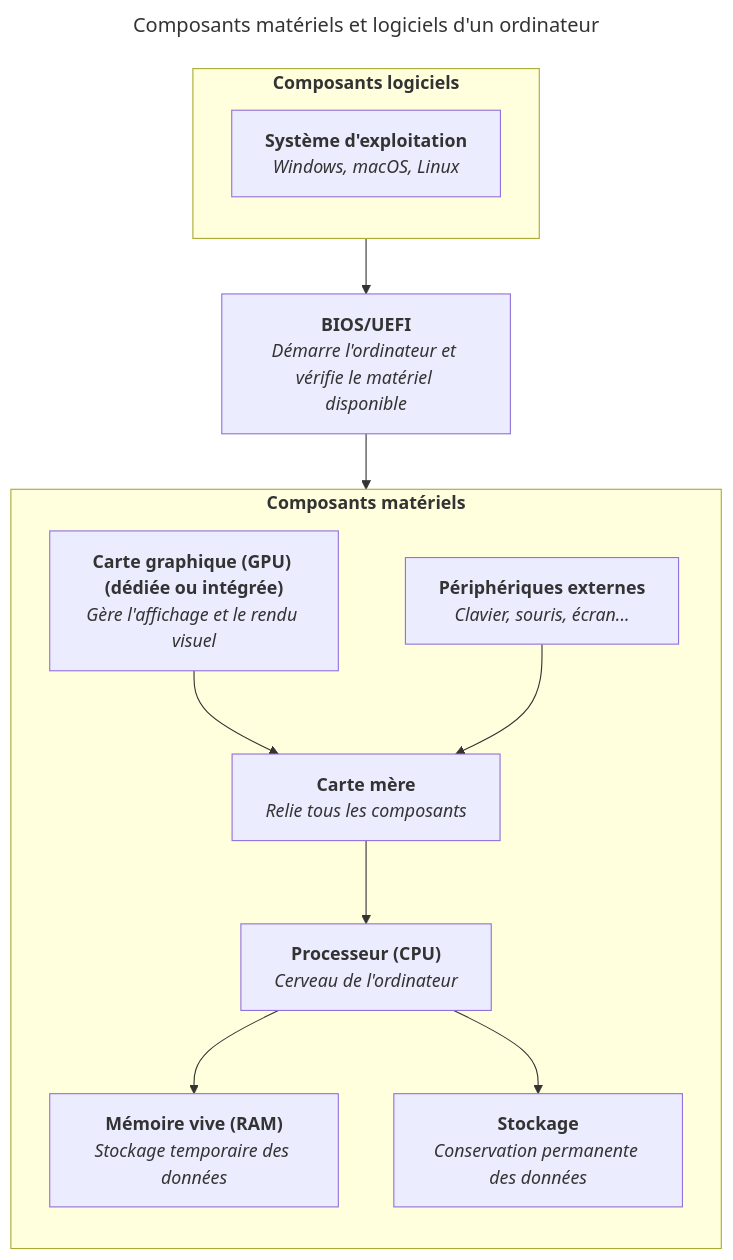
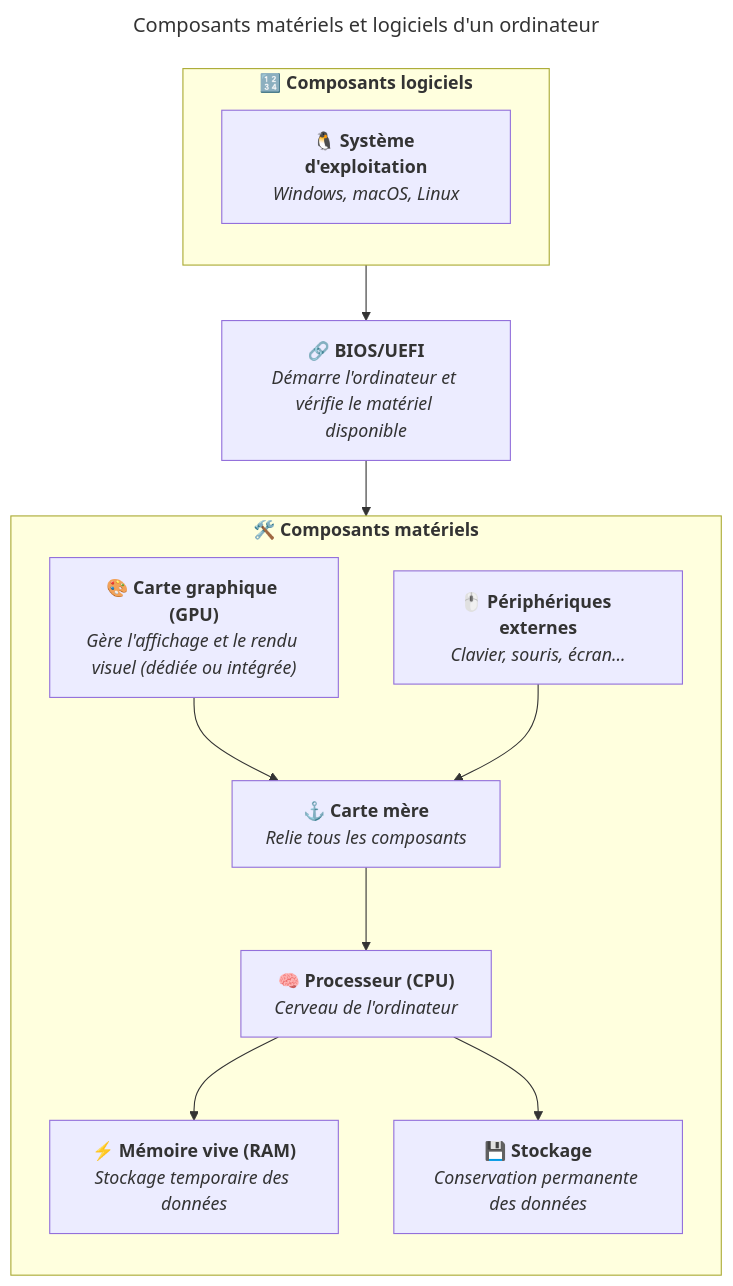
Before and after one commit to heig-vd-upinfo-course/heig-vd-upinfo-course: the diagram in src/content/docs/03-composants-materiels-et-logiciels-dun-ordinateur/09-systeme-dexploitation.mdx, drawn with Mermaid. The commit also changed 26 other files, not shown here.

````diff
--- a/src/content/docs/03-composants-materiels-et-logiciels-dun-ordinateur/09-systeme-dexploitation.mdx
+++ b/src/content/docs/03-composants-materiels-et-logiciels-dun-ordinateur/09-systeme-dexploitation.mdx
@@ -123,56 +123,56 @@
 ```mermaid
 ---
 title: Composants matériels et logiciels d'un ordinateur
 ---
 flowchart
   CPU["`
-    **Processeur (CPU)**
+    **🧠 Processeur (CPU)**
     _Cerveau de l'ordinateur_
   `"]
   RAM["`
-    **Mémoire vive (RAM)**
+    **⚡ Mémoire vive (RAM)**
     _Stockage temporaire des données_
   `"]
   Storage["`
-    **Stockage**
+    **💾 Stockage**
     _Conservation permanente des données_
   `"]
   Motherboard["`
-    **Carte mère**
+    **⚓ Carte mère**
     _Relie tous les composants_
   `"]
   GPU["`
-    **Carte graphique (GPU) (dédiée ou intégrée)**
-    _Gère l'affichage et le rendu visuel_
+    **🎨 Carte graphique (GPU)**
+    _Gère l'affichage et le rendu visuel (dédiée ou intégrée)_
   `"]
   Peripherals["`
-    **Périphériques externes**
+    **🖱️ Périphériques externes**
     _Clavier, souris, écran..._
   `"]
   BIOS_UEFI["`
-    **BIOS/UEFI**
+    **🔗 BIOS/UEFI**
     _Démarre l'ordinateur et vérifie le matériel disponible_
   `"]
   OS["`
-    **Système d'exploitation**
+    **🐧 Système d'exploitation**
     _Windows, macOS, Linux_
   `"]
 
-  subgraph Software["`**Composants logiciels**`"]
+  subgraph Software["`**🔢 Composants logiciels**`"]
     direction TB
 
     OS
   end
 
-  subgraph Hardware["`**Composants matériels**`"]
+  subgraph Hardware["`**🛠️ Composants matériels**`"]
     direction TB
 
     CPU --> RAM
     CPU --> Storage
     Motherboard --> CPU
     GPU --> Motherboard
     Peripherals --> Motherboard
   end
 
   Software --> BIOS_UEFI --> Hardware
 ```
````
